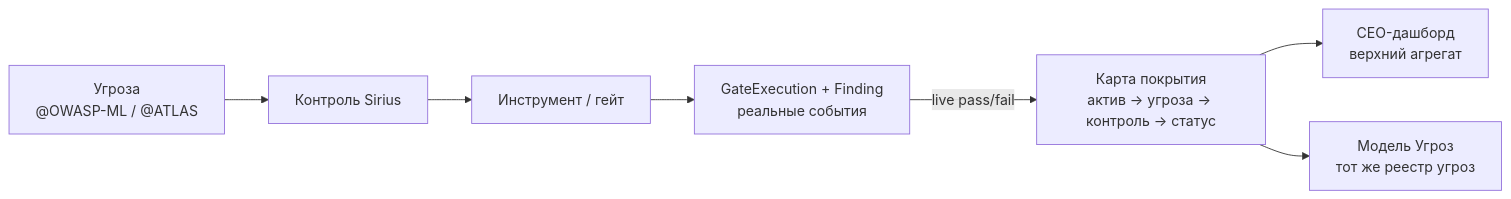
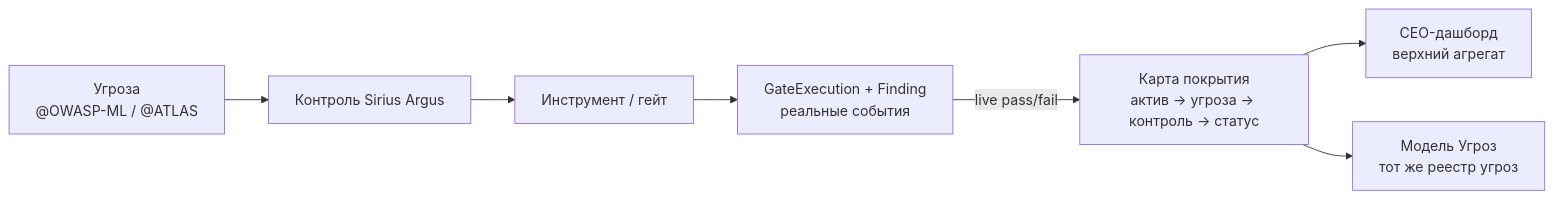
Before and after one commit to dmagog/Sirius-Argus: the eighth of 8 diagrams in docs/architecture.md, drawn with Mermaid. The commit also changed other lines of this file and 8 other files, not shown here.

First line of the commit message:
rebrand: Sirius -> Sirius Argus во всех документах + слоган

````diff
--- a/docs/architecture.md
+++ b/docs/architecture.md
@@ -339,9 +339,9 @@
 ```mermaid
 flowchart LR
-    THR["Угроза<br/>@OWASP-ML / @ATLAS"] --> CTRL["Контроль Sirius"]
+    THR["Угроза<br/>@OWASP-ML / @ATLAS"] --> CTRL["Контроль Sirius Argus"]
     CTRL --> TOOL["Инструмент / гейт"]
     TOOL --> EVT["GateExecution + Finding<br/>реальные события"]
     EVT -->|"live pass/fail"| MAP["Карта покрытия<br/>актив → угроза → контроль → статус"]
     MAP --> CEO["CEO-дашборд<br/>верхний агрегат"]
     MAP --> MU["Модель Угроз<br/>тот же реестр угроз"]
 ```
````
